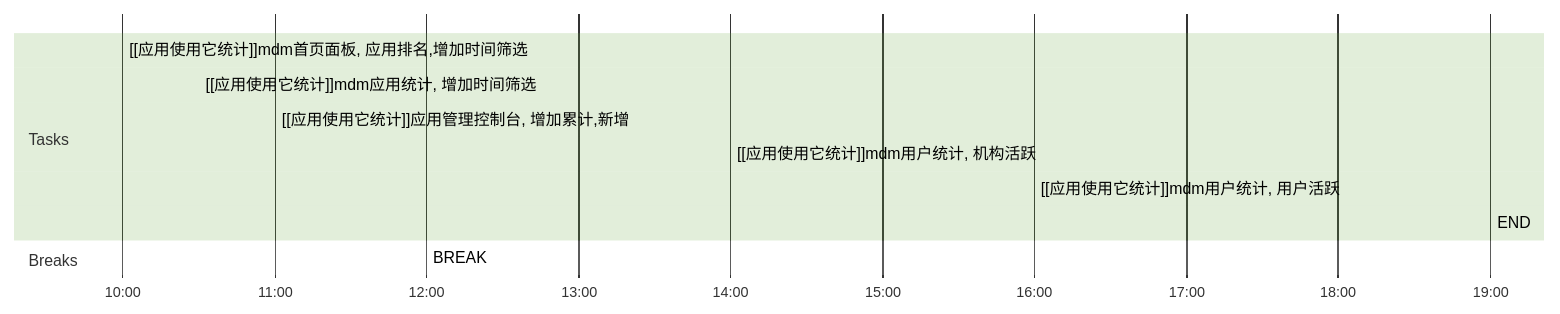
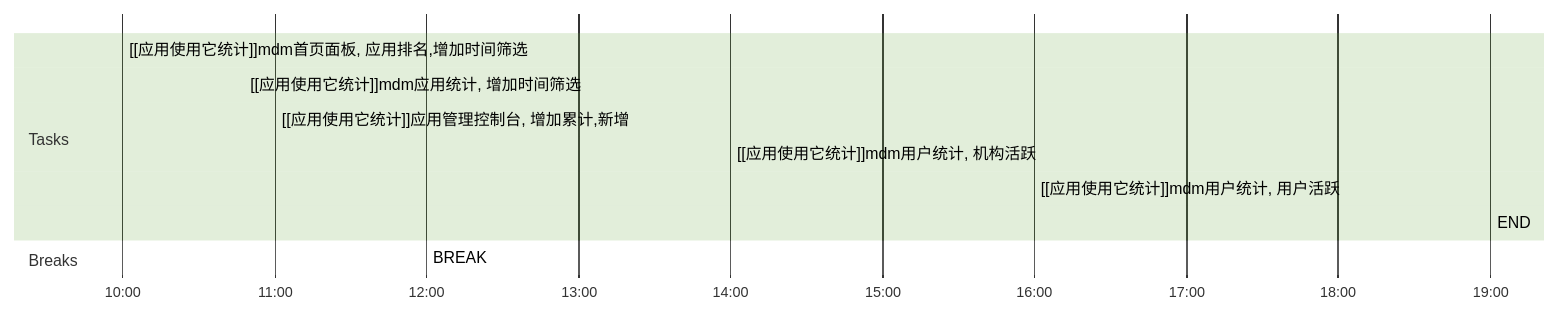
One commit to yangld/learn changed the diagram in Day Planners/Day Planner-20211116.md. Above: the diagram before and after it, drawn with Mermaid (forest theme). The commit also changed other lines of this file and 1 other file, not shown here.

Commit message:
vault backup: 2021-11-16 11:04:29
Affected files:
.obsidian/workspace
Day Planners/Day Planner-20211116.md

````diff
--- a/Day Planners/Day Planner-20211116.md
+++ b/Day Planners/Day Planner-20211116.md
@@ -2,15 +2,15 @@
 ```mermaid
 gantt
     dateFormat  HH-mm
     axisFormat %H:%M
-    %% Current Time: 上午10:02:04
+    %% Current Time: 上午11:02:03
     section Tasks
-    [[应用使用它统计]]mdm首页面板, 应用排名,增加时间筛选     :10-00, 30mm
-    [[应用使用它统计]]mdm应用统计, 增加时间筛选     :10-30, 30mm
+    [[应用使用它统计]]mdm首页面板, 应用排名,增加时间筛选     :10-00, 48mm
+    [[应用使用它统计]]mdm应用统计, 增加时间筛选     :10-48, 12mm
     [[应用使用它统计]]应用管理控制台, 增加累计,新增     :11-00, 60mm
     [[应用使用它统计]]mdm用户统计, 机构活跃     :14-00, 120mm
     [[应用使用它统计]]mdm用户统计, 用户活跃     :16-00, 180mm
     END     :19-00, 0mm
     section Breaks
     BREAK     :12-00, 120mm
 ```
````
